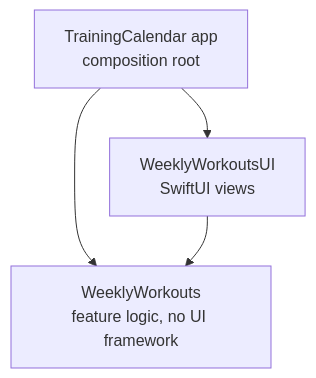
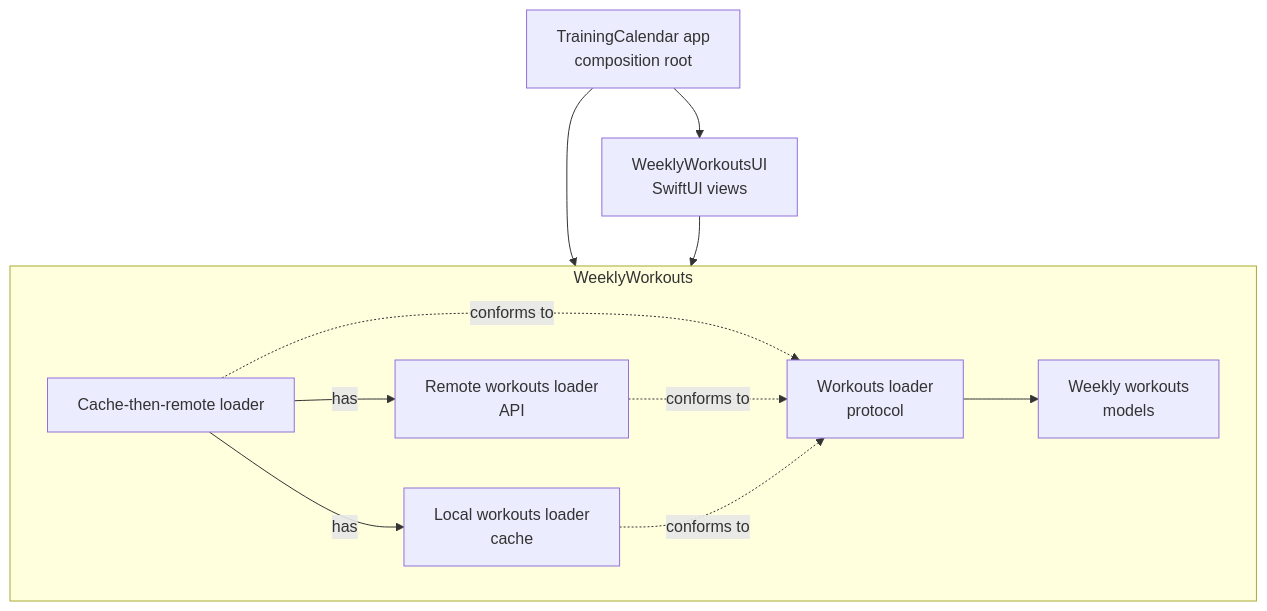
Before and after one commit to tringuyen623/training-calendar: the diagram in README.md, drawn with Mermaid. The commit also changed other lines of this file, not shown here.

Commit message:
Add model specs, payload contract and the loader design to README to define the remote contract before implementation

````diff
--- a/README.md
+++ b/README.md
@@ -243,6 +299,14 @@
 ```mermaid
 graph TD
     App["TrainingCalendar app<br/>composition root"] --> UI["WeeklyWorkoutsUI<br/>SwiftUI views"]
-    App --> Logic["WeeklyWorkouts<br/>feature logic, no UI framework"]
-    UI --> Logic
+    App --> Package
+    UI --> Package
+    subgraph Package["WeeklyWorkouts"]
+        Weekly["Cache-then-remote loader"] -. conforms to .-> Loader["Workouts loader<br/>protocol"]
+        Weekly -- has --> Remote["Remote workouts loader<br/>API"]
+        Weekly -- has --> Local["Local workouts loader<br/>cache"]
+        Remote -. conforms to .-> Loader
+        Local -. conforms to .-> Loader
+        Loader --> Models["Weekly workouts<br/>models"]
+    end
 ```
````
